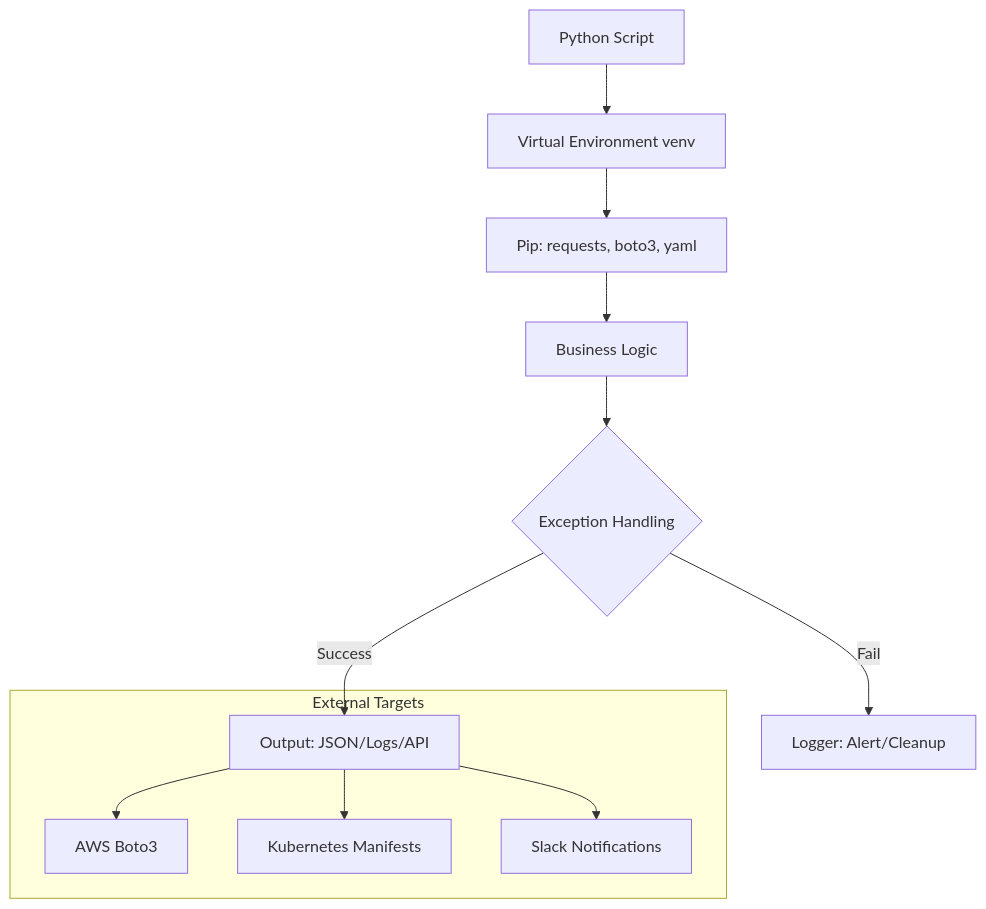
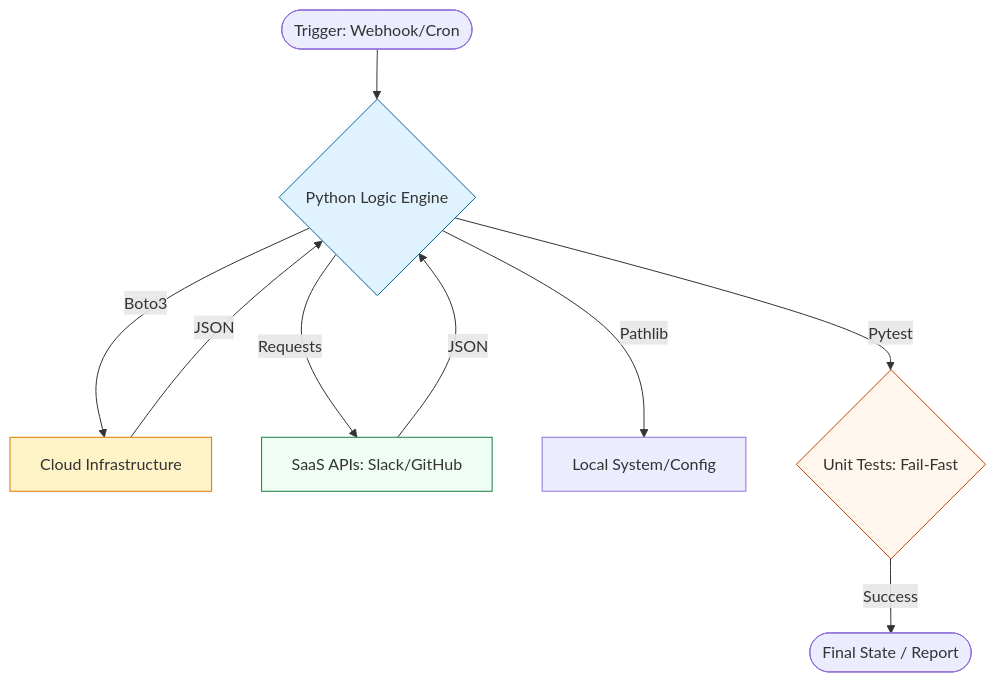
Before and after one commit to Ganil151/Devops: the diagram in 2-Intermediate/02-Phase-2/01-Infrastructure-Automation/01-Scripting-Automation/03-Python-for-DevOps/README.md, drawn with Mermaid. The commit also changed other lines of this file and 281 other files, not shown here.

````diff
--- a/2-Intermediate/02-Phase-2/01-Infrastructure-Automation/01-Scripting-Automation/03-Python-for-DevOps/README.md
+++ b/2-Intermediate/02-Phase-2/01-Infrastructure-Automation/01-Scripting-Automation/03-Python-for-DevOps/README.md
@@ -28,15 +13,16 @@
 ```mermaid
 graph TD
-    App[Python Script] --> Environment[Virtual Environment venv]
-    Environment --> Libraries[Pip: requests, boto3, yaml]
-    Libraries --> Core[Business Logic]
-    Core --> Error{Exception Handling}
-    Error -->|Success| Out[Output: JSON/Logs/API]
-    Error -->|Fail| Log[Logger: Alert/Cleanup]
-
-subgraph "External Targets"
-        Out --> AWS[AWS Boto3]
-        Out --> K8s[Kubernetes Manifests]
-        Out --> Slack[Slack Notifications]
-    end
+    Trigger([Trigger: Webhook/Cron]) --> Logic{Python Logic Engine}
+    Logic -- Boto3 --> AWS[Cloud Infrastructure]
+    Logic -- Requests --> APIs[SaaS APIs: Slack/GitHub]
+    Logic -- Pathlib --> System[Local System/Config]
+    AWS -- JSON --> Logic
+    APIs -- JSON --> Logic
+    Logic -- Pytest --> Verify{Unit Tests: Fail-Fast}
+    Verify -- Success --> Output([Final State / Report])
+    
+    style Logic fill:#e0f2fe,stroke:#0369a1
+    style AWS fill:#fef3c7,stroke:#d97706
+    style APIs fill:#f0fdf4,stroke:#15803d
+    style Verify fill:#fff7ed,stroke:#c2410c
 ```
````
